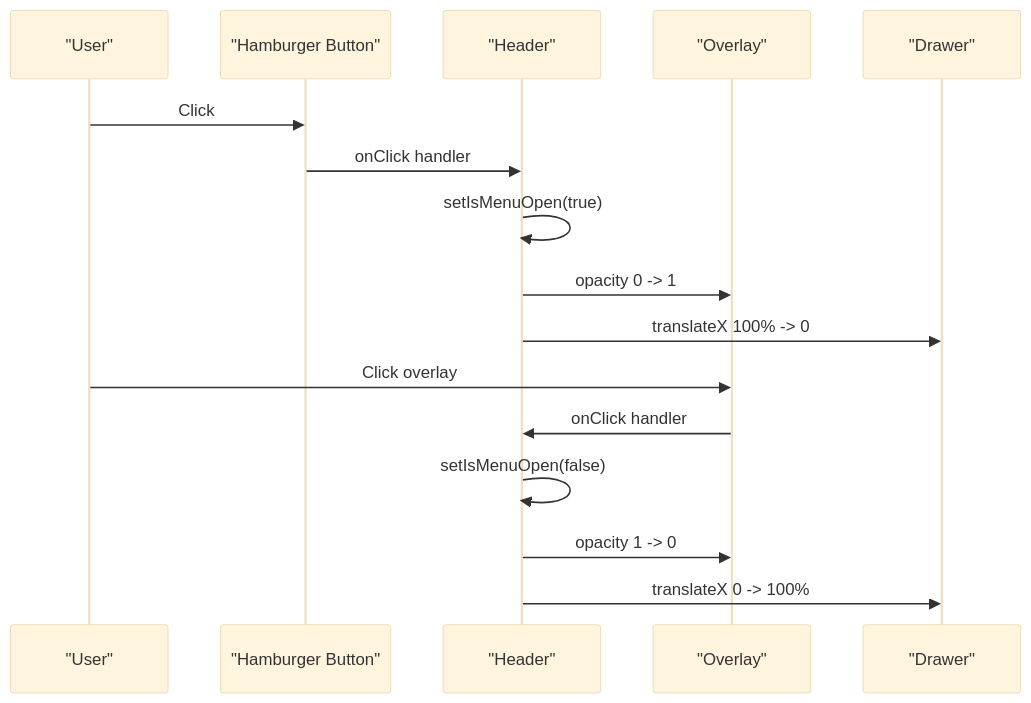
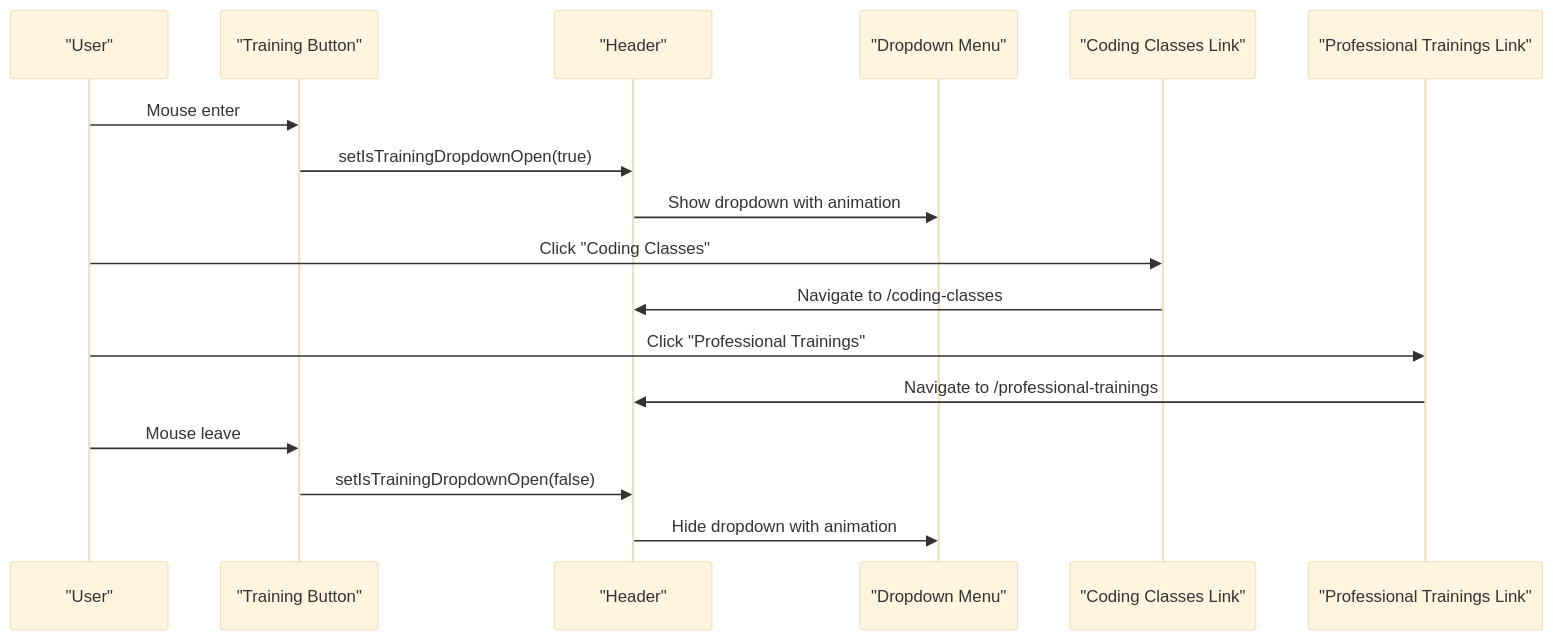
One commit to Black-box01/rhemaexpertsolutions changed the fourth of 5 diagrams in .qoder/repowiki/en/content/UI Components/Navigation Components.md. Above: the diagram before and after it, drawn with Mermaid (base theme). The commit also changed other lines of this file and 22 other files, not shown here.

First line of the commit message:
feat(professional-trainings): add professional training registration system

````diff
--- a/.qoder/repowiki/en/content/UI Components/Navigation Components.md
+++ b/.qoder/repowiki/en/content/UI Components/Navigation Components.md
@@ -178,18 +217,19 @@
 ```mermaid
 sequenceDiagram
 participant U as "User"
-participant HB as "Hamburger Button"
+participant TR as "Training Button"
 participant HD as "Header"
-participant OV as "Overlay"
-participant DR as "Drawer"
-U->>HB : Click
-HB->>HD : onClick handler
-HD->>HD : setIsMenuOpen(true)
-HD->>OV : opacity 0 -> 1
-HD->>DR : translateX 100% -> 0
-U->>OV : Click overlay
-OV->>HD : onClick handler
-HD->>HD : setIsMenuOpen(false)
-HD->>OV : opacity 1 -> 0
-HD->>DR : translateX 0 -> 100%
+participant DD as "Dropdown Menu"
+participant CC as "Coding Classes Link"
+participant PT as "Professional Trainings Link"
+U->>TR : Mouse enter
+TR->>HD : setIsTrainingDropdownOpen(true)
+HD->>DD : Show dropdown with animation
+U->>CC : Click "Coding Classes"
+CC->>HD : Navigate to /coding-classes
+U->>PT : Click "Professional Trainings"
+PT->>HD : Navigate to /professional-trainings
+U->>TR : Mouse leave
+TR->>HD : setIsTrainingDropdownOpen(false)
+HD->>DD : Hide dropdown with animation
 ```
````
